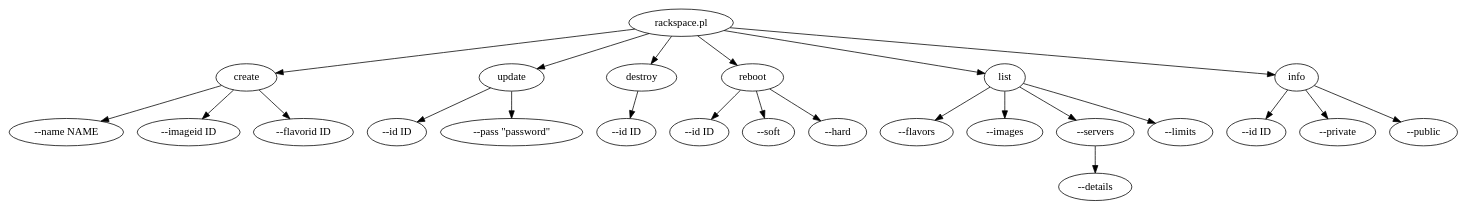
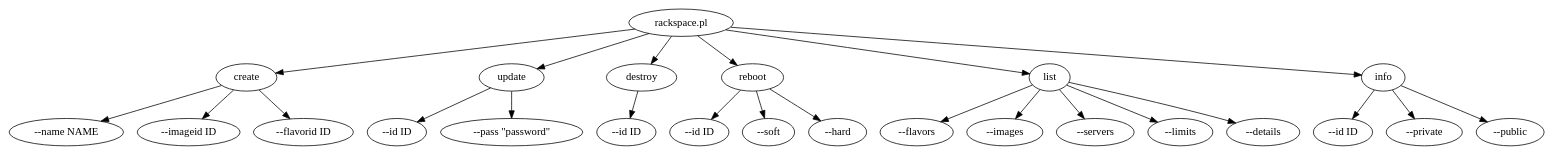
Before and after one commit to mfontani/Net-RackSpace-CloudServers: the diagram in rackspace.dot, drawn with Graphviz. The commit also changed 1 other file, not shown here.

Commit message:
Amended: --details can be used for flavors and images also

```diff
--- a/rackspace.dot
+++ b/rackspace.dot
@@ -1,70 +1,70 @@
 digraph G {
 
   // rackspace COMMANDs:
   "rackspace.pl" -> "cmd_create";
   "rackspace.pl" -> "cmd_update";
   "rackspace.pl" -> "cmd_destroy";
   "rackspace.pl" -> "cmd_reboot";
   "rackspace.pl" -> "cmd_list";
   "rackspace.pl" -> "cmd_info";
 
   // rackspace REBOOT --opts
   "cmd_reboot" -> "cmd_reboot_opt_id";
   "cmd_reboot" -> "cmd_reboot_opt_soft";
   "cmd_reboot" -> "cmd_reboot_opt_hard";
 
   // rackspace DESTROY --opts
   "cmd_destroy" -> "cmd_destroy_opt_id";
 
   // rackspace CREATE --opts
   "cmd_create" -> "cmd_create_opt_name";
   "cmd_create" -> "cmd_create_opt_imageid";
   "cmd_create" -> "cmd_create_opt_flavorid";
 
   // rackspace UPDATE --opts
   "cmd_update" -> "cmd_update_opt_id";
   "cmd_update" -> "cmd_update_opt_adminpass";
 
   // rackspace LIST --opts
   "cmd_list" -> "cmd_list_flavors";
   "cmd_list" -> "cmd_list_images";
   "cmd_list" -> "cmd_list_servers";
   "cmd_list" -> "cmd_list_limits";
-  "cmd_list_servers" -> "cmd_list_servers_opt_details";
+  "cmd_list" -> "cmd_list_opt_details";
 
   // rackspace INFO --opts
   "cmd_info" -> "cmd_info_id";
   "cmd_info" -> "cmd_info_private";
   "cmd_info" -> "cmd_info_public";
 
   cmd_create [label="create"];
   cmd_update [label="update"];
   cmd_destroy [label="destroy"];
   cmd_reboot [label="reboot"];
   cmd_list [label="list"];
   cmd_info [label="info"];
 
   cmd_destroy_opt_id [label="--id ID"];
 
   cmd_reboot_opt_id [label="--id ID"];
   cmd_reboot_opt_soft [label="--soft"];
   cmd_reboot_opt_hard [label="--hard"];
 
   cmd_create_opt_name [label="--name NAME"];
   cmd_create_opt_imageid [label="--imageid ID"];
   cmd_create_opt_flavorid [label="--flavorid ID"];
 
   cmd_update_opt_id [label="--id ID"];
   cmd_update_opt_adminpass [label="--pass \"password\""];
 
   cmd_list_flavors [label="--flavors"];
   cmd_list_images [label="--images"];
   cmd_list_servers [label="--servers"];
   cmd_list_limits [label="--limits"];
-  cmd_list_servers_opt_details [label="--details"];
+  cmd_list_opt_details [label="--details"];
 
   cmd_info_id [label="--id ID"];
   cmd_info_private [label="--private"];
   cmd_info_public [label="--public"];
 
 }
```
